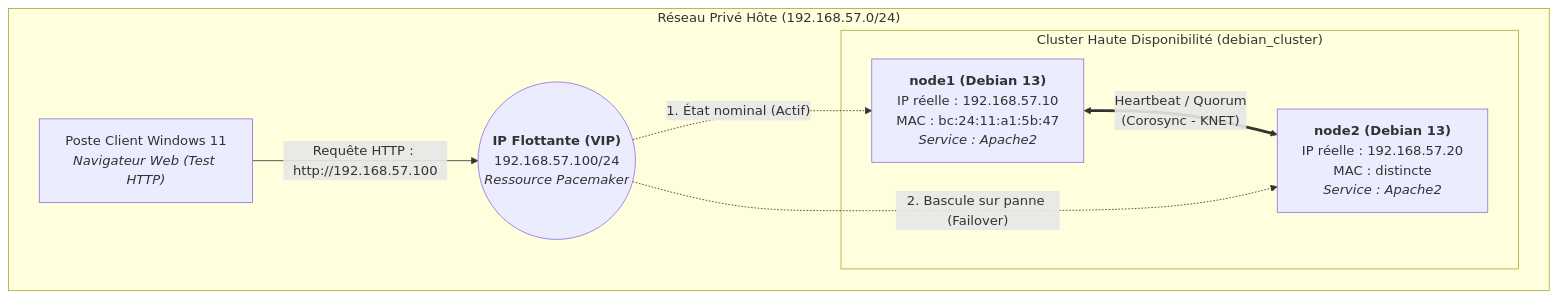
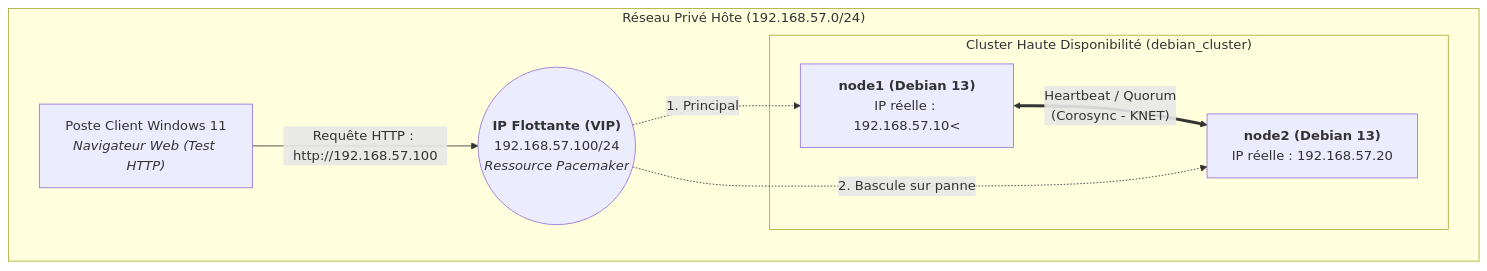
One commit to Loris-Kuj0/doc-sio changed the diagram in docs/coro.md. Above: the diagram before and after it, drawn with Mermaid. The commit also changed other lines of this file, not shown here.

````diff
--- a/docs/coro.md
+++ b/docs/coro.md
@@ -24,18 +24,18 @@
 ```mermaid
 graph TD
     subgraph LAN ["Réseau Privé Hôte (192.168.57.0/24)"]
         Client["Poste Client Windows 11<br/><i>Navigateur Web (Test HTTP)</i>"]
         VIP(("<b>IP Flottante (VIP)</b><br/>192.168.57.100/24<br/><i>Ressource Pacemaker</i>"))
 
         subgraph CLUSTER ["Cluster Haute Disponibilité (debian_cluster)"]
-            N1["<b>node1 (Debian 13)</b><br/>IP réelle : 192.168.57.10<br/>MAC : bc:24:11:a1:5b:47<br/><i>Service : Apache2</i>"]
-            N2["<b>node2 (Debian 13)</b><br/>IP réelle : 192.168.57.20<br/>MAC : distincte<br/><i>Service : Apache2</i>"]
+            N1["<b>node1 (Debian 13)</b><br/>IP réelle : 192.168.57.10<</i>"]
+            N2["<b>node2 (Debian 13)</b><br/>IP réelle : 192.168.57.20</i>"]
             
             N1 <==>|"Heartbeat / Quorum<br/>(Corosync - KNET)"| N2
         end
 
         Client -->|Requête HTTP : http://192.168.57.100| VIP
-        VIP -.->|"1. État nominal (Actif)"| N1
-        VIP -.->|"2. Bascule sur panne (Failover)"| N2
+        VIP -.->|"1. Principal"| N1
+        VIP -.->|"2. Bascule sur panne"| N2
     end
 ```
````
